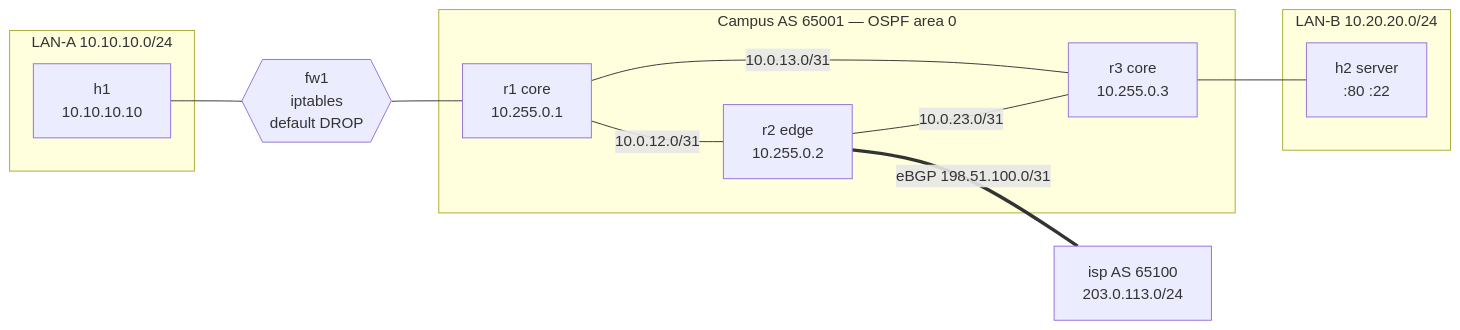
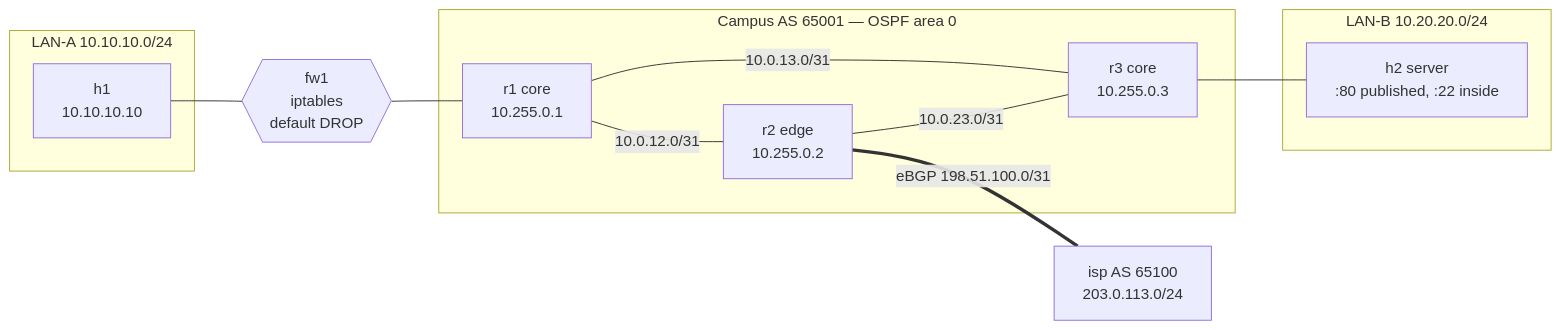
The diagram in README.md (DoctorMen/network-automation-lab), drawn with Mermaid before and after one commit. The commit also changed other lines of this file and 24 other files, not shown here.

````diff
--- a/README.md
+++ b/README.md
@@ -8,23 +8,23 @@
 ```mermaid
 flowchart LR
     subgraph LANA["LAN-A 10.10.10.0/24"]
         h1["h1<br/>10.10.10.10"]
     end
     fw1{{"fw1<br/>iptables<br/>default DROP"}}
     subgraph CAMPUS["Campus AS 65001 — OSPF area 0"]
         r1["r1 core<br/>10.255.0.1"]
         r2["r2 edge<br/>10.255.0.2"]
         r3["r3 core<br/>10.255.0.3"]
     end
     subgraph LANB["LAN-B 10.20.20.0/24"]
-        h2["h2 server<br/>:80 :22"]
+        h2["h2 server<br/>:80 published, :22 inside"]
     end
     isp["isp AS 65100<br/>203.0.113.0/24"]
 
     h1 --- fw1 --- r1
     r1 ---|"10.0.12.0/31"| r2
     r2 ---|"10.0.23.0/31"| r3
     r1 ---|"10.0.13.0/31"| r3
     r3 --- h2
     r2 ===|"eBGP 198.51.100.0/31"| isp
 ```
````
